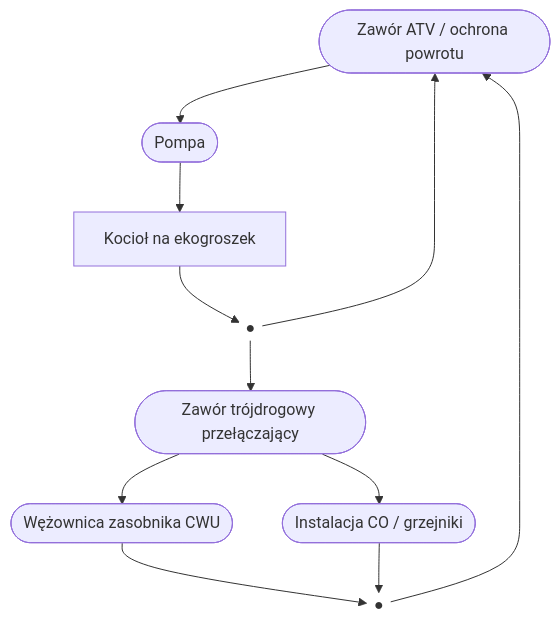
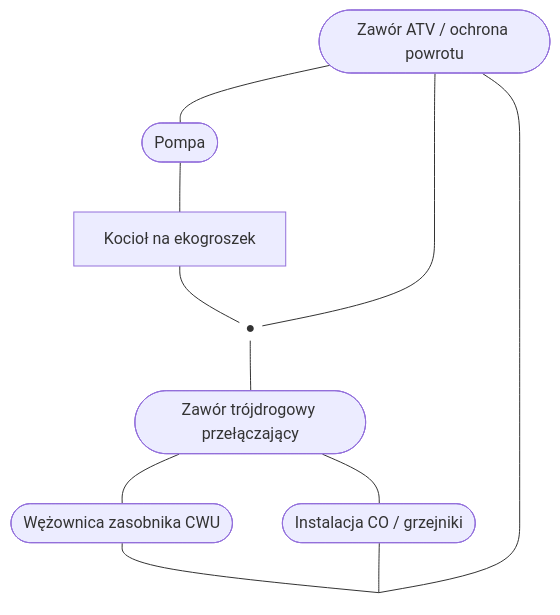
One commit to tblisty/public_files changed the diagram in docs/varia/co/jedna_pompa.md. Above: the diagram before and after it, drawn with Mermaid. The commit also changed other lines of this file and 3 other files, not shown here.

````diff
--- a/docs/varia/co/jedna_pompa.md
+++ b/docs/varia/co/jedna_pompa.md
@@ -3,21 +2,25 @@
 ```mermaid
-
 flowchart TD
 
 %% Kocioł 
-ATV([Zawór ATV / ochrona powrotu]) --> P([Pompa]) --> K[Kocioł na ekogroszek] --> R1((●)) --> V3([Zawór trójdrogowy przełączający]) --> CWU([Wężownica zasobnika CWU]) --> R2((●))
+ATV([Zawór ATV / ochrona powrotu]) --- P([Pompa]) --- K[Kocioł na ekogroszek] --- R1((●)) --- V3([Zawór trójdrogowy przełączający]) --- CWU([Wężownica zasobnika CWU]) --- R2
 
-R1 --> ATV
+R1 --- ATV
 
 
 %% GAŁĄŹ CWU
 
 %% GAŁĄŹ CO
-V3 --> CO([Instalacja CO / grzejniki]) --> R2
+V3 --- CO([Instalacja CO / grzejniki]) --- R2
 
-R2 --> ATV
+R2 --- ATV
 
 classDef wezly fill:transparent,stroke:transparent,stroke-width:1px;
 
-class R1,R2 wezly
+class R1 wezly
+
+classDef point fill:none,stroke:none,width:0px,height:0px,color:#00000000;
+
+class R2 point
+
 ```
````
